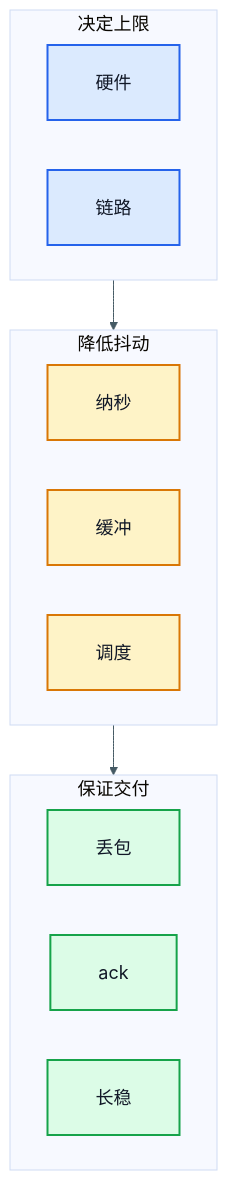
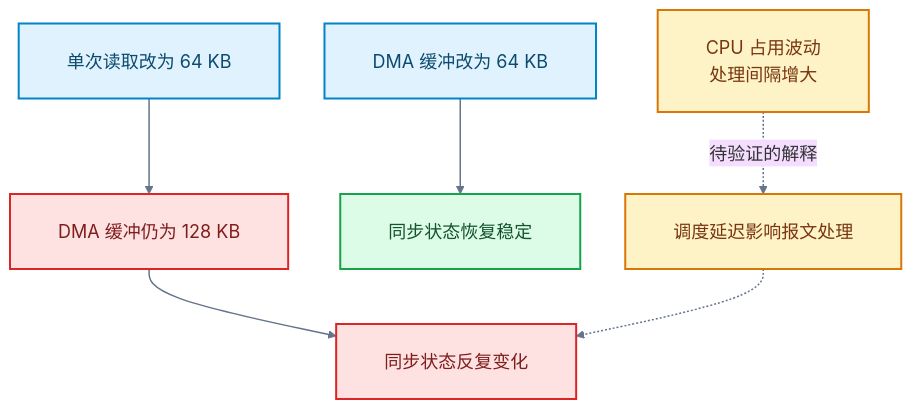
The third of 3 diagrams in content/posts/performance/ptp_precision_optimization.md (DeguiLiu/tech-notes), drawn with Mermaid before and after one commit. The commit also changed other lines of this file and 1 other file, not shown here.

````diff
--- a/content/posts/performance/ptp_precision_optimization.md
+++ b/content/posts/performance/ptp_precision_optimization.md
@@ -252,25 +214,18 @@
 ```mermaid
-%%{init: {"theme":"base","themeVariables":{"fontFamily":"sans-serif","fontSize":"18px","lineColor":"#455A64"},"flowchart":{"htmlLabels":true,"padding":24}}}%%
+%%{init: {"theme":"base","themeVariables":{"fontFamily":"sans-serif","fontSize":"18px","lineColor":"#455A64"},"flowchart":{"htmlLabels":true,"padding":24,"nodeSpacing":45,"rankSpacing":55}}}%%
 flowchart TB
-    subgraph U["决定上限"]
-        A["硬件"]
-        B["链路"]
-    end
-    subgraph J["降低抖动"]
-        C["纳秒"]
-        D["缓冲"]
-        E["调度"]
-    end
-    subgraph L["保证交付"]
-        F["丢包"]
-        G["ack"]
-        H["长稳"]
-    end
-    U --> J --> L
-    classDef upper fill:#DBEAFE,stroke:#2563EB,stroke-width:2px,color:#111827
-    classDef jitter fill:#FEF3C7,stroke:#D97706,stroke-width:2px,color:#111827
-    classDef deliver fill:#DCFCE7,stroke:#16A34A,stroke-width:2px,color:#111827
-    class A,B upper
-    class C,D,E jitter
-    class F,G,H deliver
+    A["单次读取改为 64 KB"] --> B["DMA 缓冲仍为 128 KB"]
+    B --> C["同步状态反复变化"]
+    D["DMA 缓冲改为 64 KB"] --> E["同步状态恢复稳定"]
+    F["CPU 占用波动<br/>处理间隔增大"] -.->|"待验证的解释"| G["调度延迟影响报文处理"]
+    G -.-> C
+    classDef config fill:#E0F2FE,stroke:#0284C7,stroke-width:2px,color:#0C4A6E
+    classDef bad fill:#FEE2E2,stroke:#DC2626,stroke-width:2px,color:#7F1D1D
+    classDef good fill:#DCFCE7,stroke:#16A34A,stroke-width:2px,color:#14532D
+    classDef unknown fill:#FEF3C7,stroke:#D97706,stroke-width:2px,color:#78350F
+    class A,D config
+    class B,C bad
+    class E good
+    class F,G unknown
+    linkStyle default stroke:#64748B,stroke-width:1.5px
 ```
````
